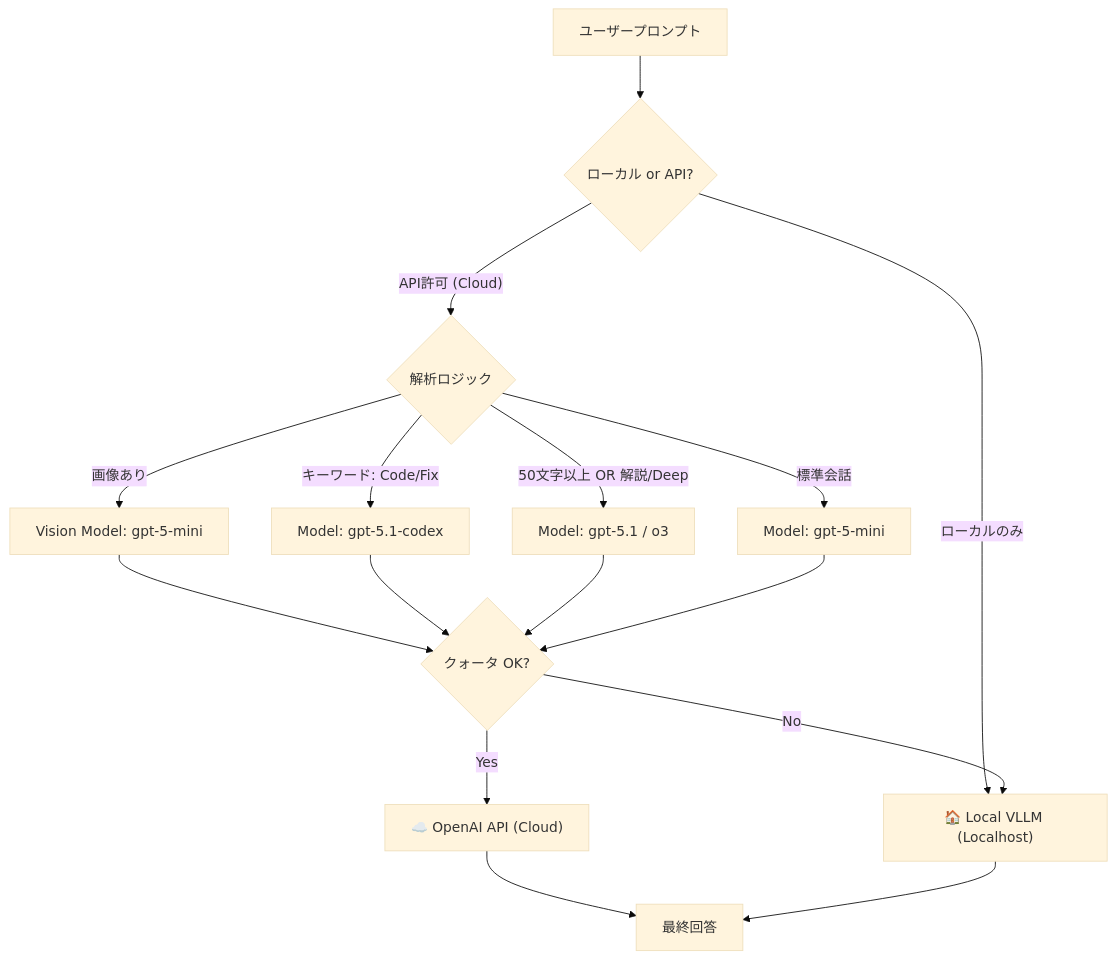
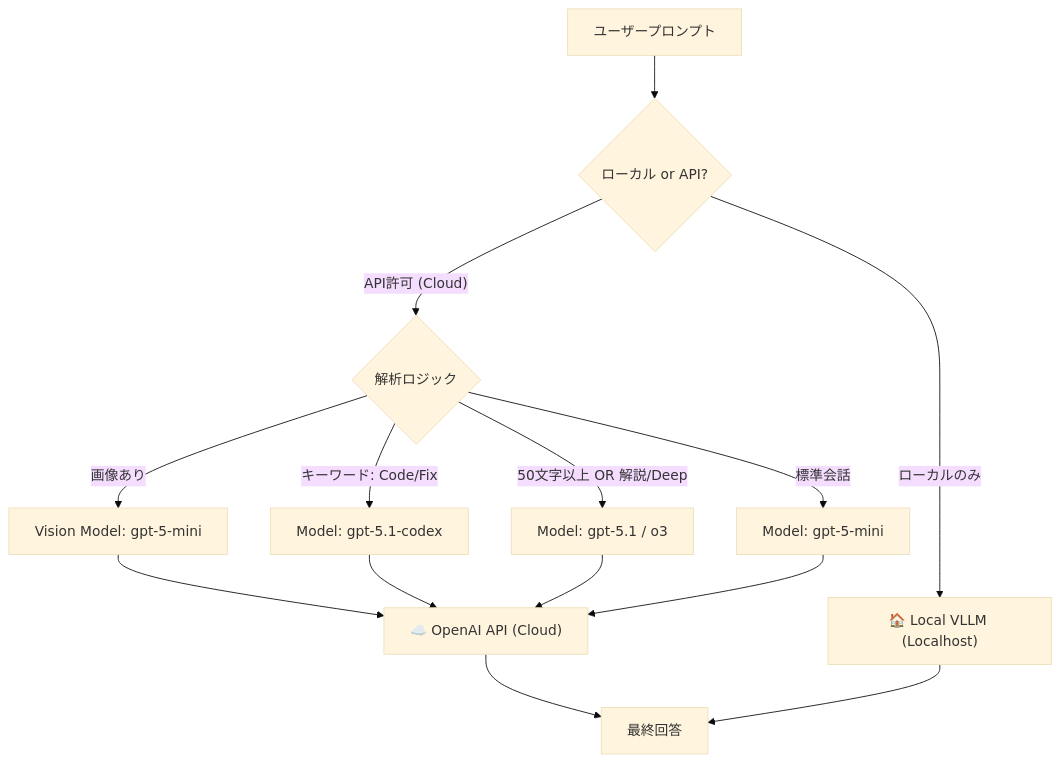
One commit to YoneRai12/ORA changed the diagram in README_JP.md. Above: the diagram before and after it, drawn with Mermaid (base theme). The commit also changed 1 other file, not shown here.

Commit message:
Docs: Finalize Routing Diagram - Remove Check, API Left / Local Right

````diff
--- a/README_JP.md
+++ b/README_JP.md
@@ -60,27 +60,24 @@
 ```mermaid
 graph TD
     UserInput["ユーザープロンプト"] --> RouteCheck{ローカル or API?}
 
-    %% Top Level Branch
-    RouteCheck -- "ローカルのみ" --> LocalPath["🏠 Local VLLM (Localhost)"]
+    %% Left Branch: Cloud (API)
     RouteCheck -- "API許可 (Cloud)" --> OmniRouter{解析ロジック}
-
-    %% Omni-Router Dispatch
+    
     OmniRouter -- "画像あり" --> VisionModel["Vision Model: gpt-5-mini"]
     OmniRouter -- "キーワード: Code/Fix" --> CodingModel["Model: gpt-5.1-codex"]
     OmniRouter -- "50文字以上 OR 解説/Deep" --> HighModel["Model: gpt-5.1 / o3"]
     OmniRouter -- "標準会話" --> StdModel["Model: gpt-5-mini"]
     
-    %% Cost Check
-    VisionModel --> QuotaCheck{クォータ OK?}
-    CodingModel --> QuotaCheck
-    HighModel --> QuotaCheck
-    StdModel --> QuotaCheck
-    
-    QuotaCheck -- "Yes" --> CloudAPI["☁️ OpenAI API (Cloud)"]
-    QuotaCheck -- "No" --> LocalPath
+    VisionModel --> CloudAPI["☁️ OpenAI API (Cloud)"]
+    CodingModel --> CloudAPI
+    HighModel --> CloudAPI
+    StdModel --> CloudAPI
+
+    %% Right Branch: Local
+    RouteCheck -- "ローカルのみ" --> LocalPath["🏠 Local VLLM (Localhost)"]
 
     %% Final Output
     CloudAPI --> Response["最終回答"]
     LocalPath --> Response
 ```
````
